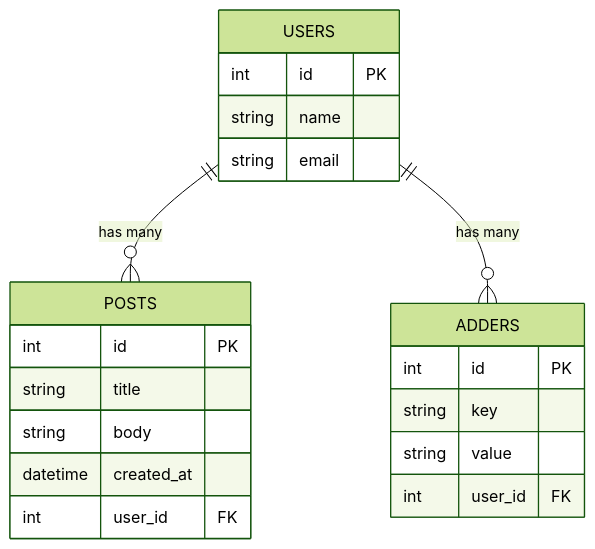
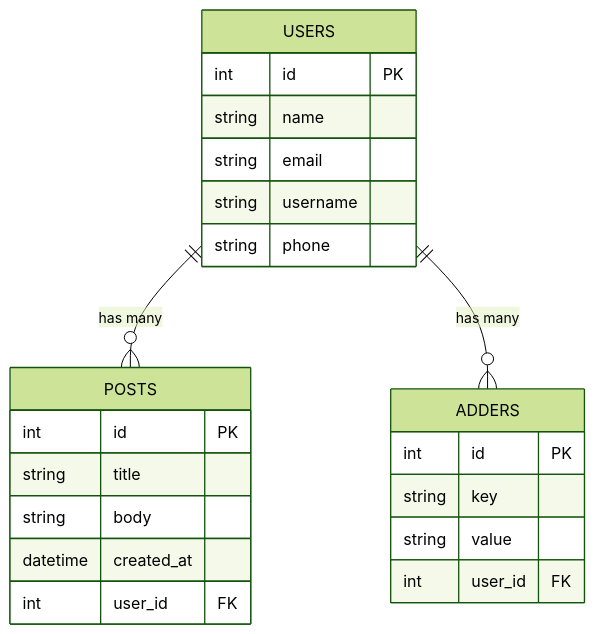
The diagram in README.md (Spectrumsun/Web-Developer-Assignment), drawn with Mermaid (forest theme) before and after one commit. The commit also changed other lines of this file, not shown here.

Commit message:
add frontend and backend

````diff
--- a/README.md
+++ b/README.md
@@ -44,24 +45,27 @@
 ```mermaid
 erDiagram
     USERS {
         int id PK
         string name
         string email
+        string username
+        string phone
+
     }
     POSTS {
         int id PK
         string title
         string body
         datetime created_at
         int user_id FK
     }
     ADDERS {
         int id PK
         string key
         string value
         int user_id FK
     }
 
     USERS ||--o{ POSTS : "has many"
     USERS ||--o{ ADDERS : "has many"
 ```
````
